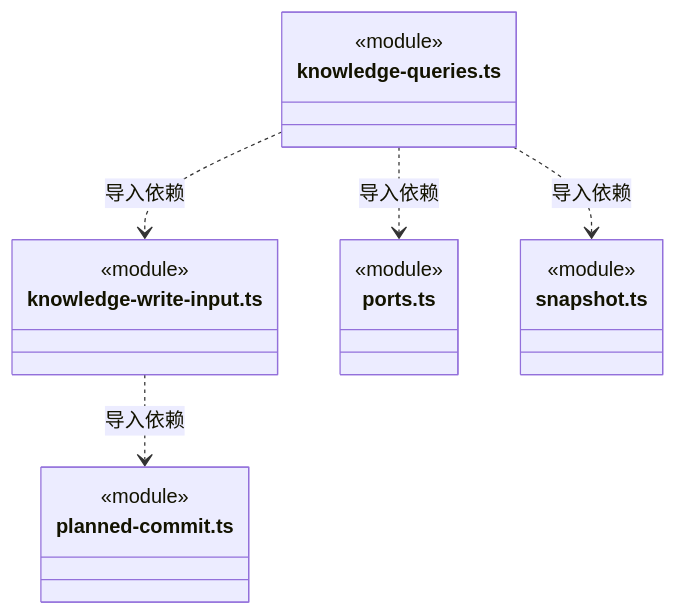
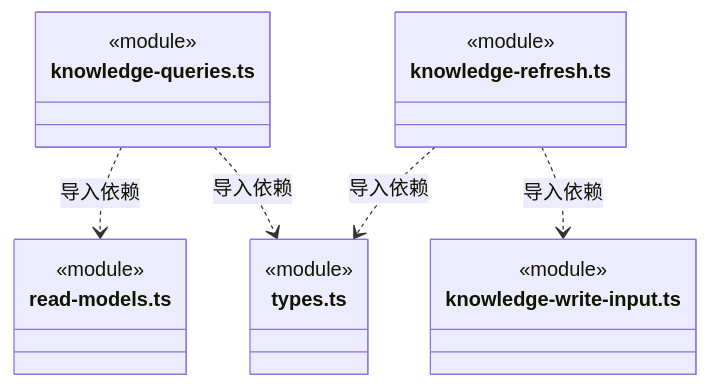
Before and after one commit to nan023062/cbim: diagram 29 of 36 in src/backend/core/knowledge/ARCHITECTURE.md, drawn with Mermaid. The commit also changed other lines of this file and 356 other files, not shown here.

First line of the commit message:
chore: preserve architecture remediation before desktop 0.1.7 alignment

````diff
--- a/src/backend/core/knowledge/ARCHITECTURE.md
+++ b/src/backend/core/knowledge/ARCHITECTURE.md
@@ -617,22 +672,22 @@
 ```mermaid
 classDiagram
 class N_src_backend_core_knowledge_knowledge_queries_ts["knowledge-queries.ts"] {
   <<module>>
 }
+class N_src_backend_core_knowledge_types_ts["types.ts"] {
+  <<module>>
+}
+class N_src_backend_core_knowledge_read_models_ts["read-models.ts"] {
+  <<module>>
+}
+class N_src_backend_core_knowledge_knowledge_refresh_ts["knowledge-refresh.ts"] {
+  <<module>>
+}
 class N_src_backend_core_knowledge_knowledge_write_input_ts["knowledge-write-input.ts"] {
   <<module>>
 }
-class N_src_backend_core_knowledge_ports_ts["ports.ts"] {
-  <<module>>
-}
-class N_src_backend_core_knowledge_snapshot_ts["snapshot.ts"] {
-  <<module>>
-}
-class N_src_backend_core_knowledge_planned_commit_ts["planned-commit.ts"] {
-  <<module>>
-}
-N_src_backend_core_knowledge_knowledge_queries_ts ..> N_src_backend_core_knowledge_knowledge_write_input_ts : 导入依赖
-N_src_backend_core_knowledge_knowledge_queries_ts ..> N_src_backend_core_knowledge_ports_ts : 导入依赖
-N_src_backend_core_knowledge_knowledge_queries_ts ..> N_src_backend_core_knowledge_snapshot_ts : 导入依赖
-N_src_backend_core_knowledge_knowledge_write_input_ts ..> N_src_backend_core_knowledge_planned_commit_ts : 导入依赖
+N_src_backend_core_knowledge_knowledge_queries_ts ..> N_src_backend_core_knowledge_types_ts : 导入依赖
+N_src_backend_core_knowledge_knowledge_queries_ts ..> N_src_backend_core_knowledge_read_models_ts : 导入依赖
+N_src_backend_core_knowledge_knowledge_refresh_ts ..> N_src_backend_core_knowledge_knowledge_write_input_ts : 导入依赖
+N_src_backend_core_knowledge_knowledge_refresh_ts ..> N_src_backend_core_knowledge_types_ts : 导入依赖
 ```
````
